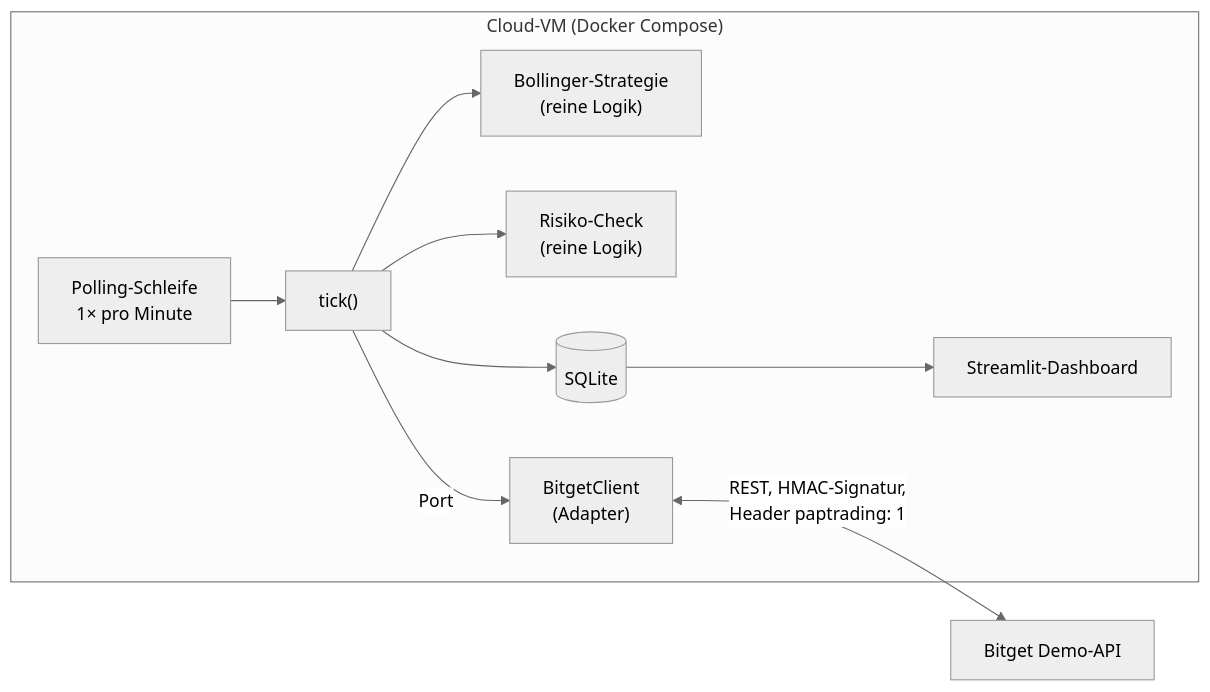
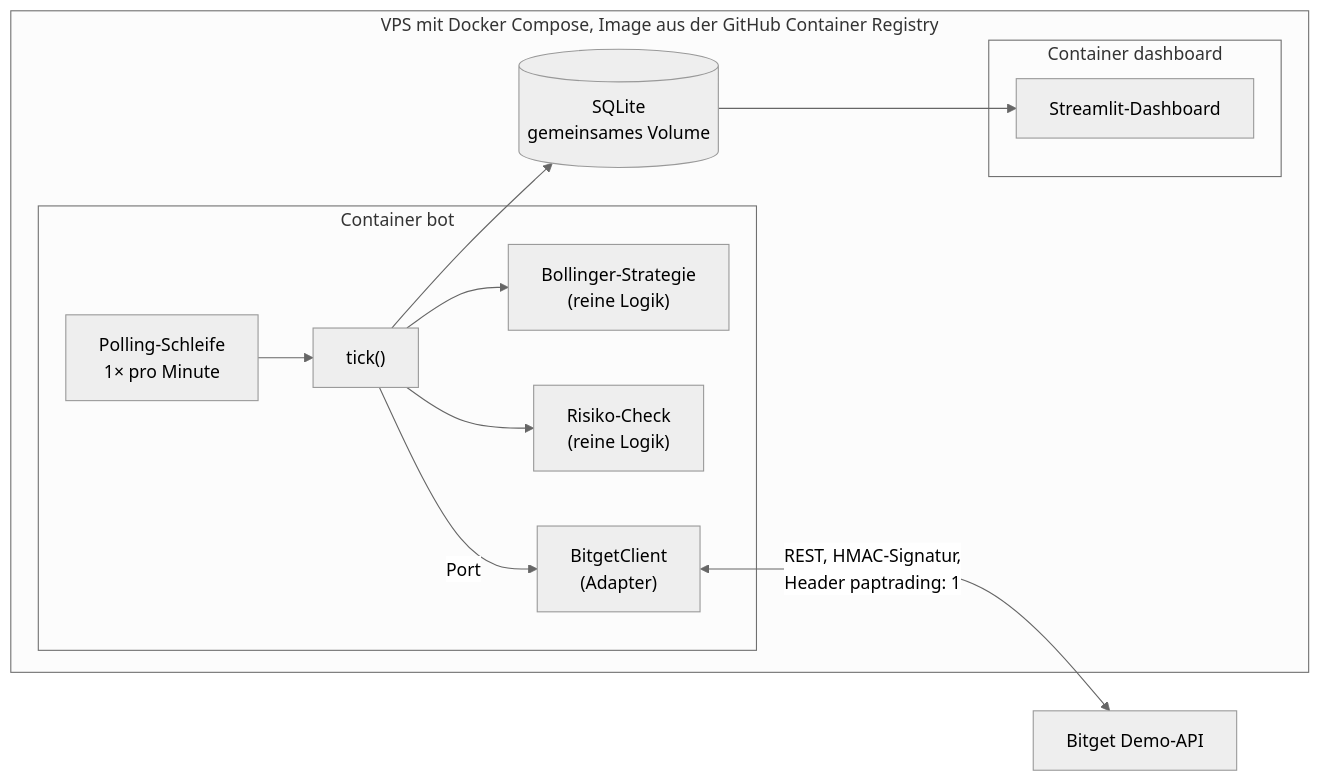
One commit to NicolasHunger/bollinger-bot changed the first of 2 diagrams in README.md. Above: the diagram before and after it, drawn with Mermaid (neutral theme). The commit also changed other lines of this file, not shown here.

````diff
--- a/README.md
+++ b/README.md
@@ -56,12 +56,17 @@
 ```mermaid
 flowchart LR
-    subgraph vm["Cloud-VM (Docker Compose)"]
-        poll["Polling-Schleife<br/>1× pro Minute"] --> tick["tick()"]
-        tick --> strategie["Bollinger-Strategie<br/>(reine Logik)"]
-        tick --> risiko["Risiko-Check<br/>(reine Logik)"]
-        tick -->|Port| client["BitgetClient<br/>(Adapter)"]
-        tick --> db[("SQLite")]
-        db --> dash["Streamlit-Dashboard"]
+    subgraph compose["VPS mit Docker Compose, Image aus der GitHub Container Registry"]
+        subgraph botc["Container bot"]
+            poll["Polling-Schleife<br/>1× pro Minute"] --> tick["tick()"]
+            tick --> strategie["Bollinger-Strategie<br/>(reine Logik)"]
+            tick --> risiko["Risiko-Check<br/>(reine Logik)"]
+            tick -->|Port| client["BitgetClient<br/>(Adapter)"]
+        end
+        db[("SQLite<br/>gemeinsames Volume")]
+        subgraph dashc["Container dashboard"]
+            dash["Streamlit-Dashboard"]
+        end
+        tick --> db --> dash
     end
     client <-->|"REST, HMAC-Signatur,<br/>Header paptrading: 1"| bitget["Bitget Demo-API"]
 ```
````
